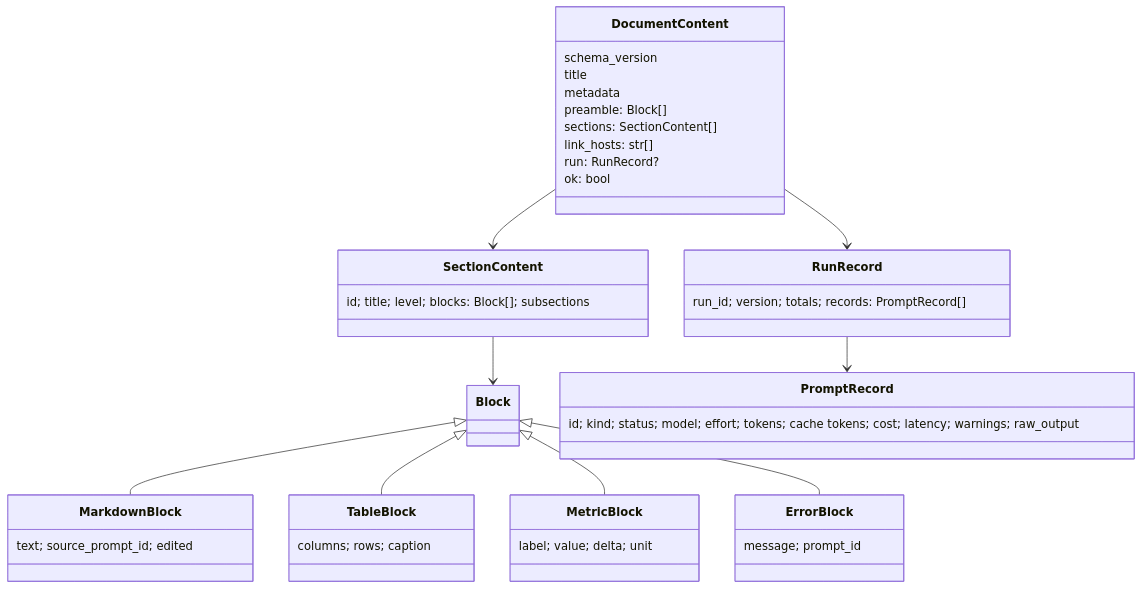
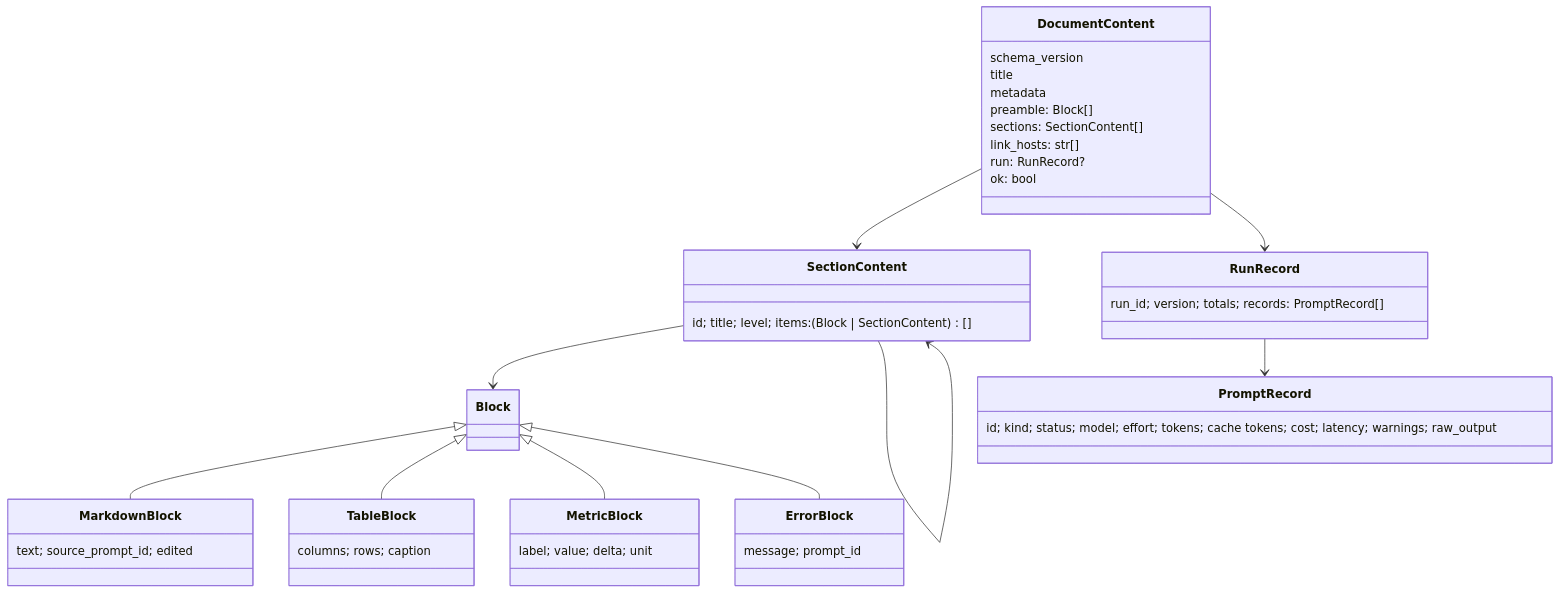
Before and after one commit to spudy-vibing/Dynamic-Document-Library: the fourth of 5 diagrams in docs/HLD.md, drawn with Mermaid. The commit also changed other lines of this file and 4 other files, not shown here.

````diff
--- a/docs/HLD.md
+++ b/docs/HLD.md
@@ -245,29 +248,30 @@
 ```mermaid
 classDiagram
   class DocumentContent {
     schema_version
     title
     metadata
     preamble: Block[]
     sections: SectionContent[]
     link_hosts: str[]
     run: RunRecord?
     ok: bool
   }
-  class SectionContent { id; title; level; blocks: Block[]; subsections }
+  class SectionContent { id; title; level; items: (Block | SectionContent)[] }
   class Block
   class MarkdownBlock { text; source_prompt_id; edited }
   class TableBlock { columns; rows; caption }
   class MetricBlock { label; value; delta; unit }
   class ErrorBlock { message; prompt_id }
   class RunRecord { run_id; version; totals; records: PromptRecord[] }
   class PromptRecord { id; kind; status; model; effort; tokens; cache tokens; cost; latency; warnings; raw_output }
   DocumentContent --> SectionContent
   SectionContent --> Block
+  SectionContent --> SectionContent
   Block <|-- MarkdownBlock
   Block <|-- TableBlock
   Block <|-- MetricBlock
   Block <|-- ErrorBlock
   DocumentContent --> RunRecord
   RunRecord --> PromptRecord
 ```
````
